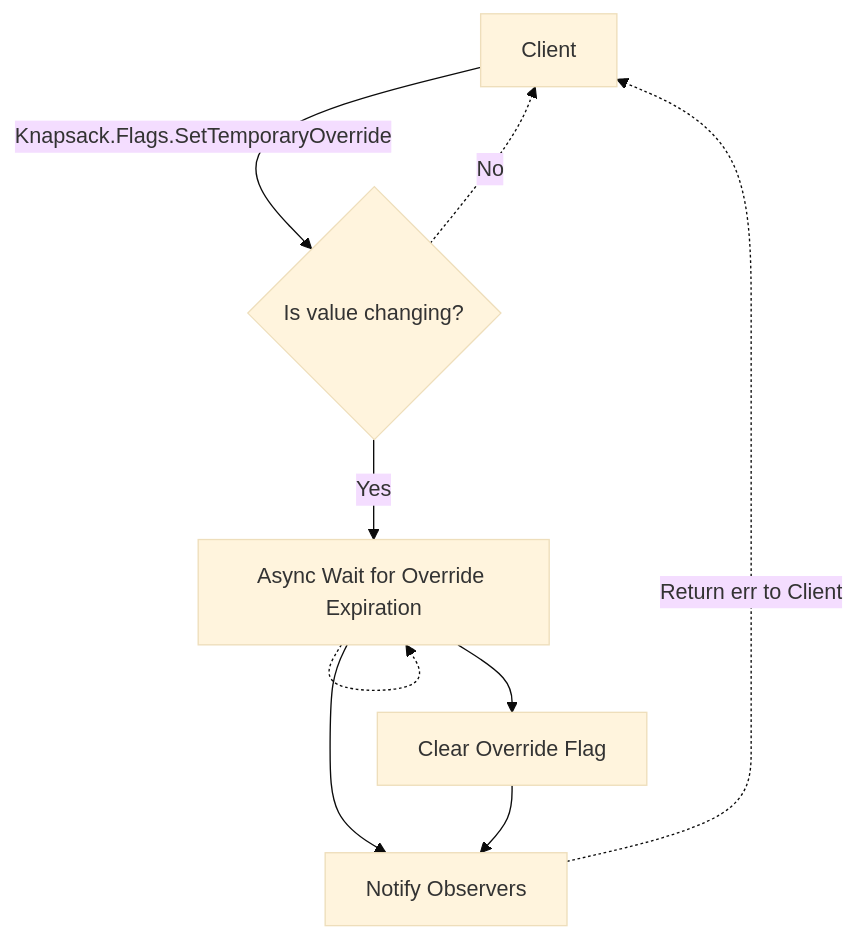
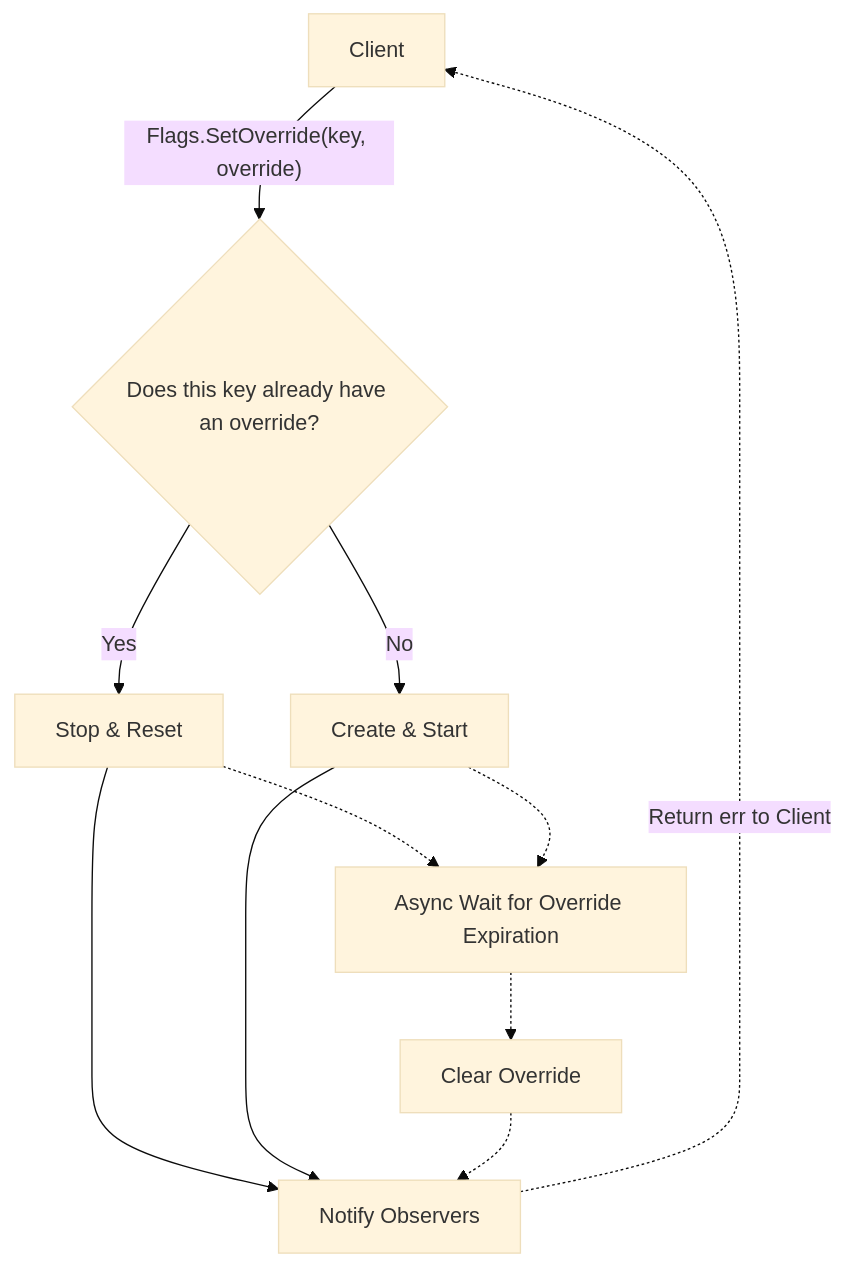
Before and after one commit to kolide/launcher: the third of 3 diagrams in docs/architecture/flags.md, drawn with Mermaid (base theme). The commit also changed other lines of this file and 4 other files, not shown here.

````diff
--- a/docs/architecture/flags.md
+++ b/docs/architecture/flags.md
@@ -61,22 +61,26 @@
 ```mermaid
 flowchart TB
     Client[Client]
-    Store[Store Override Flag]
     Notify[Notify Observers]
-    Override{Is value changing?}
-    Store[Async Wait for Override Expiration]
-    CmdLine[Clear Override Flag]
+    Existing{Does this key already have an override?}
+    Start[Create & Start]
+    Reset[Stop & Reset]
+    Wait[Async Wait for Override Expiration]
+    Clear[Clear Override]
 
-    Client -->|"Knapsack.Flags.SetTemporaryOverride"|Override
+    Client -->|"Flags.SetOverride(key, override)"|Existing
 
-    Override -->|Yes| Store
-    Override -.->|No| Client
+    Existing -->|Yes| Reset
+    Existing -->|No| Start
 
-    Store -.-> Store
-    Store --> Notify
+    Reset --> Notify
+    Start --> Notify
 
-    Store -->CmdLine
-    CmdLine -->Notify
+    Reset -.-> Wait
+    Start -.-> Wait
+
+    Wait -.->Clear
+    Clear -.-> Notify
 
     Notify -.->|Return err to Client| Client
 ```
````
